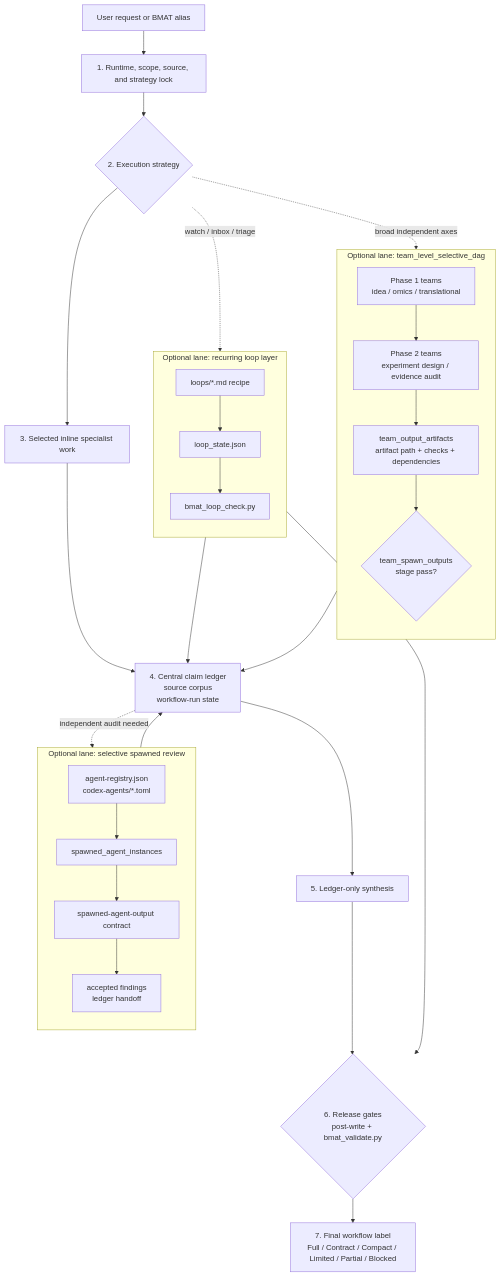
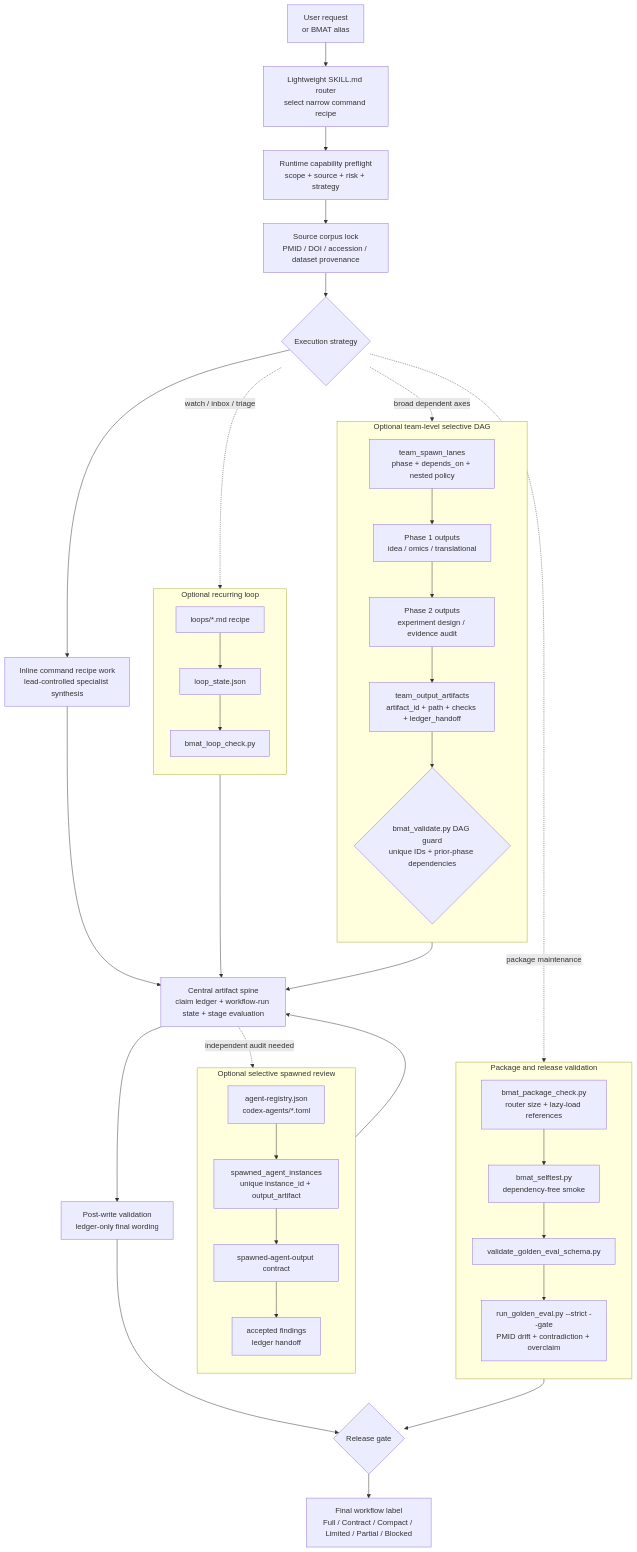
The diagram in README.md (kdh-isaac/biomedical-agent-teams-codex-marketplace), drawn with Mermaid before and after one commit. The commit also changed other lines of this file and 2 other files, not shown here.

Commit message:
Update BMAT workflow structure diagram

````diff
--- a/README.md
+++ b/README.md
@@ -28,50 +28,64 @@
 ```mermaid
 flowchart TD
     accTitle: BMAT v0.4.9 Workflow Structure
-    accDescr: Vertical BMAT workflow spine with optional loop, team DAG, and reviewer lanes feeding back into the central ledger.
+    accDescr: Router-first BMAT workflow with lazy-loaded commands, artifact spine, optional team DAG, reviewer, and loop lanes, deterministic validators, and golden eval release gates.
 
-    request["User request or BMAT alias"]
-    lock["1. Runtime, scope, source, and strategy lock"]
-    route{"2. Execution strategy"}
-    spine["3. Selected inline specialist work"]
-    ledger["4. Central claim ledger<br/>source corpus<br/>workflow-run state"]
-    synth["5. Ledger-only synthesis"]
-    release{"6. Release gates<br/>post-write + bmat_validate.py"}
-    label["7. Final workflow label<br/>Full / Contract / Compact / Limited / Partial / Blocked"]
+    request["User request<br/>or BMAT alias"]
+    router["Lightweight SKILL.md router<br/>select narrow command recipe"]
+    preflight["Runtime capability preflight<br/>scope + source + risk + strategy"]
+    source_lock["Source corpus lock<br/>PMID / DOI / accession / dataset provenance"]
+    strategy{"Execution strategy"}
+    inline["Inline command recipe work<br/>lead-controlled specialist synthesis"]
+    ledger["Central artifact spine<br/>claim ledger + workflow-run state + stage evaluation"]
+    postwrite["Post-write validation<br/>ledger-only final wording"]
+    release{"Release gate"}
+    label["Final workflow label<br/>Full / Contract / Compact / Limited / Partial / Blocked"]
 
-    request --> lock --> route --> spine --> ledger --> synth --> release --> label
+    request --> router --> preflight --> source_lock --> strategy
+    strategy --> inline --> ledger --> postwrite --> release --> label
 
-    subgraph team_dag["Optional lane: team_level_selective_dag"]
+    subgraph team_dag["Optional team-level selective DAG"]
         direction TB
-        t1["Phase 1 teams<br/>idea / omics / translational"]
-        t2["Phase 2 teams<br/>experiment design / evidence audit"]
-        tout["team_output_artifacts<br/>artifact path + checks + dependencies"]
-        tgate{"team_spawn_outputs<br/>stage pass?"}
-        t1 --> t2 --> tout --> tgate
+        team_plan["team_spawn_lanes<br/>phase + depends_on + nested policy"]
+        phase1["Phase 1 outputs<br/>idea / omics / translational"]
+        phase2["Phase 2 outputs<br/>experiment design / evidence audit"]
+        team_outputs["team_output_artifacts<br/>artifact_id + path + checks + ledger_handoff"]
+        dag_guard{"bmat_validate.py DAG guard<br/>unique IDs + prior-phase dependencies"}
+        team_plan --> phase1 --> phase2 --> team_outputs --> dag_guard
     end
 
-    subgraph review_lane["Optional lane: selective spawned review"]
+    subgraph review_lane["Optional selective spawned review"]
         direction TB
         registry["agent-registry.json<br/>codex-agents/*.toml"]
-        instances["spawned_agent_instances"]
+        instances["spawned_agent_instances<br/>unique instance_id + output_artifact"]
         rcontract["spawned-agent-output contract"]
         rhandoff["accepted findings<br/>ledger handoff"]
         registry --> instances --> rcontract --> rhandoff
     end
 
-    subgraph loop_layer["Optional lane: recurring loop layer"]
+    subgraph loop_layer["Optional recurring loop"]
         direction TB
         loop_recipe["loops/*.md recipe"]
         loop_state["loop_state.json"]
         loop_check["bmat_loop_check.py"]
         loop_recipe --> loop_state --> loop_check
     end
 
-    route -. "broad independent axes" .-> t1
-    tgate --> ledger
+    subgraph eval_gate["Package and release validation"]
+        direction TB
+        package_check["bmat_package_check.py<br/>router size + lazy-load references"]
+        selftest["bmat_selftest.py<br/>dependency-free smoke"]
+        golden_schema["validate_golden_eval_schema.py"]
+        golden_gate["run_golden_eval.py --strict --gate<br/>PMID drift + contradiction + overclaim"]
+        package_check --> selftest --> golden_schema --> golden_gate
+    end
+
+    strategy -. "broad dependent axes" .-> team_plan
+    dag_guard --> ledger
     ledger -. "independent audit needed" .-> registry
     rhandoff --> ledger
-    route -. "watch / inbox / triage" .-> loop_recipe
+    strategy -. "watch / inbox / triage" .-> loop_recipe
+    strategy -. "package maintenance" .-> package_check
     loop_check --> ledger
-    loop_check --> release
+    golden_gate --> release
 ```
````
